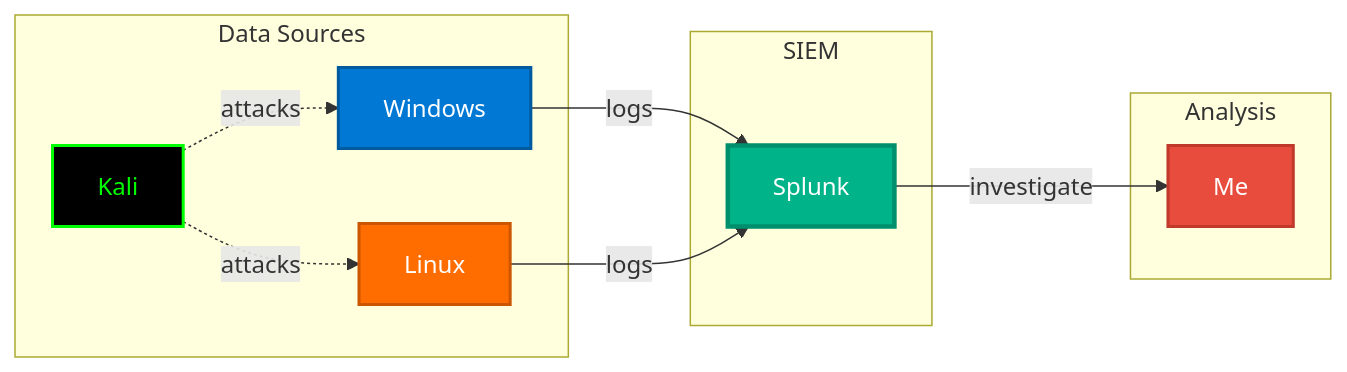
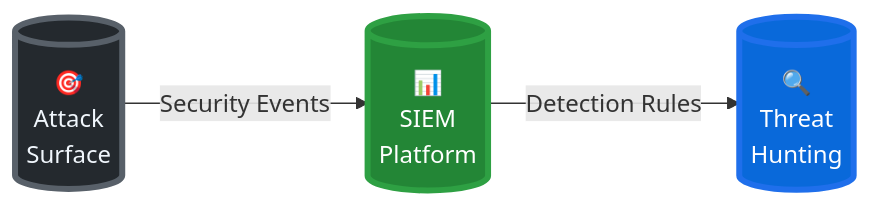
The diagram in README.md (0xMart/Homelab-SOC), drawn with Mermaid before and after one commit.

````diff
--- a/README.md
+++ b/README.md
@@ -5,27 +5,13 @@
 ```mermaid
-graph LR
-    subgraph sources["Data Sources"]
-        W[Windows]
-        L[Linux]
-        K[Kali]
-    end
+flowchart LR
+    A[("🎯<br/>Attack<br/>Surface")]
+    B[("📊<br/>SIEM<br/>Platform")]
+    C[("🔍<br/>Threat<br/>Hunting")]
     
-    subgraph siem["SIEM"]
-        S[Splunk]
-    end
+    A -->|Security Events| B
+    B -->|Detection Rules| C
     
-    subgraph analysis["Analysis"]
-        A[Me]
-    end
-    
-    W & L -->|logs| S
-    K -.->|attacks| W
-    K -.->|attacks| L
-    S -->|investigate| A
-    
-    style W fill:#0078d4,stroke:#005a9e,stroke-width:2px,color:#fff
-    style L fill:#ff6c00,stroke:#cc5500,stroke-width:2px,color:#fff
-    style K fill:#000,stroke:#00ff00,stroke-width:2px,color:#0f0
-    style S fill:#00b388,stroke:#008f6c,stroke-width:3px,color:#fff
-    style A fill:#e74c3c,stroke:#c0392b,stroke-width:2px,color:#fff
+    style A fill:#24292e,stroke:#586069,stroke-width:4px,color:#f0f6fc
+    style B fill:#238636,stroke:#2ea043,stroke-width:4px,color:#ffffff
+    style C fill:#0969da,stroke:#1f6feb,stroke-width:4px,color:#ffffff
 ```
````
